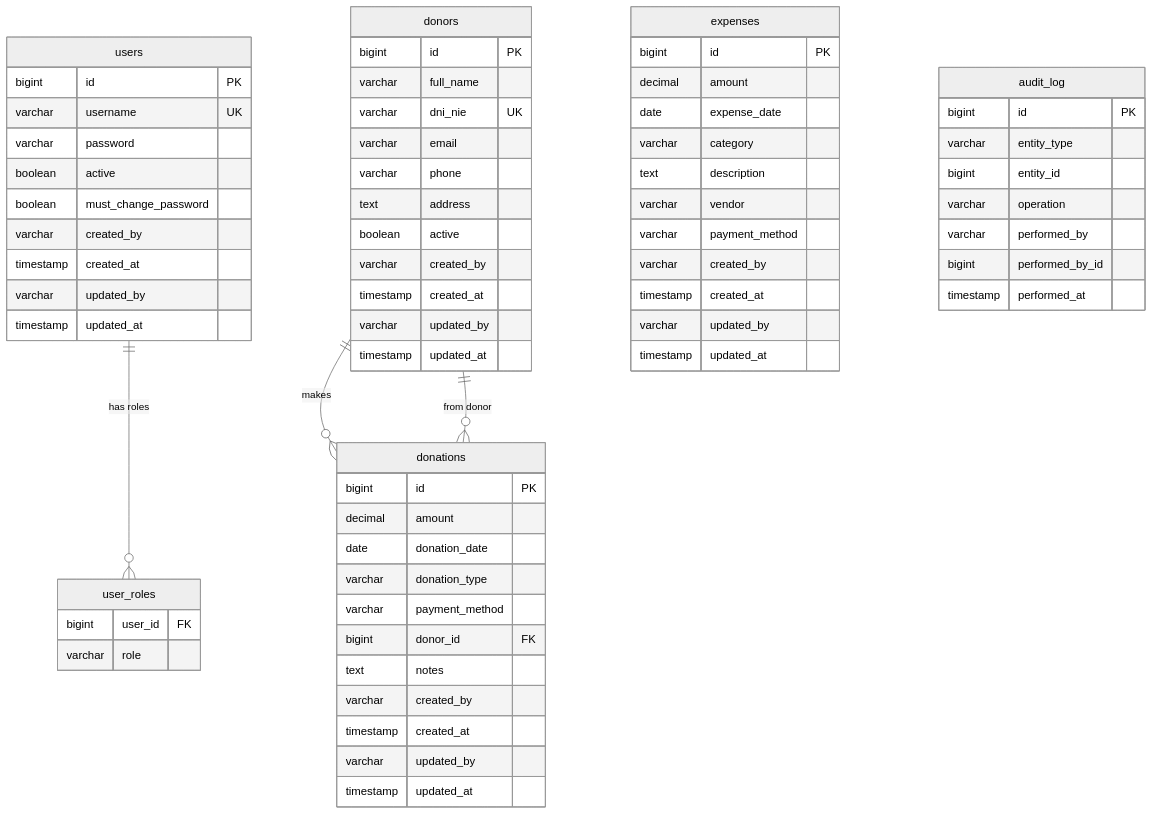
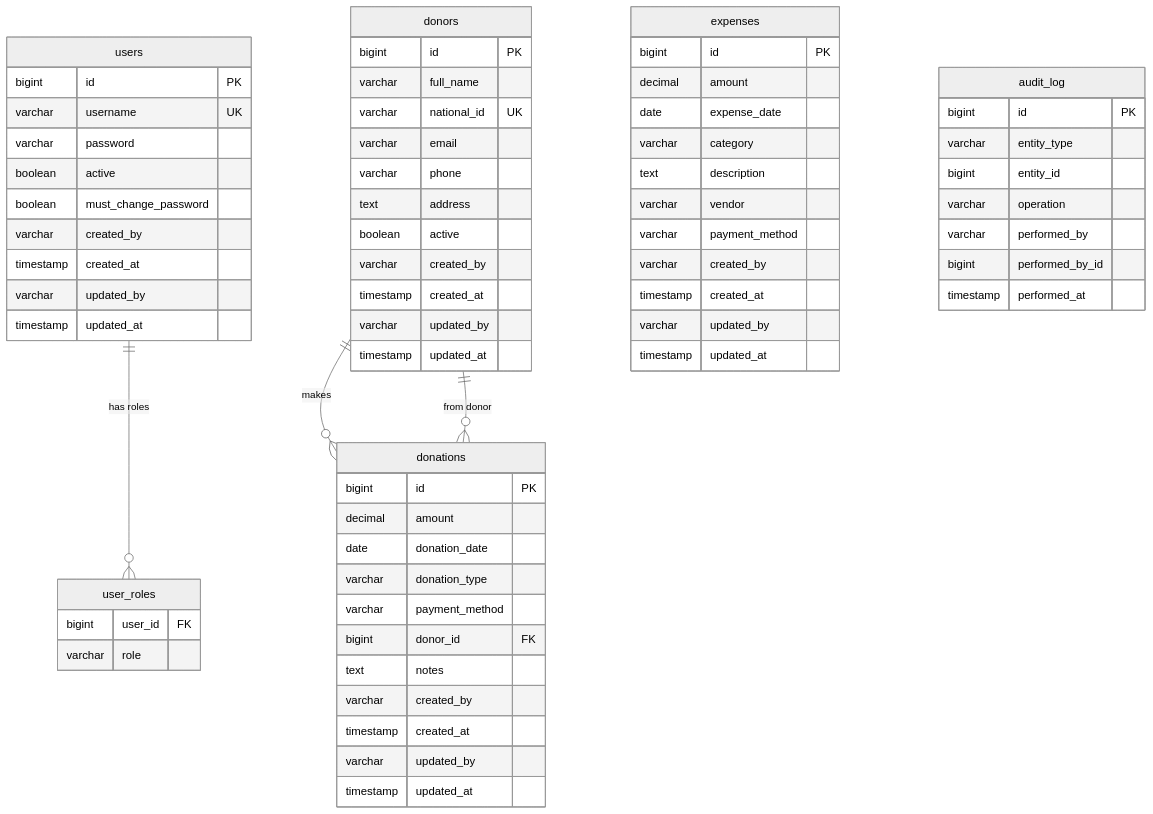
Before and after one commit to jorgetroya80/donations-api: the fourth of 12 diagrams in docs/architecture.md, drawn with Mermaid (neutral theme). The commit also changed other lines of this file and 52 other files, not shown here.

````diff
--- a/docs/architecture.md
+++ b/docs/architecture.md
@@ -301,75 +301,75 @@
 ```mermaid
 erDiagram
     users {
         bigint id PK
         varchar username UK
         varchar password
         boolean active
         boolean must_change_password
         varchar created_by
         timestamp created_at
         varchar updated_by
         timestamp updated_at
     }
 
     user_roles {
         bigint user_id FK
         varchar role
     }
 
     donors {
         bigint id PK
         varchar full_name
-        varchar dni_nie UK
+        varchar national_id UK
         varchar email
         varchar phone
         text address
         boolean active
         varchar created_by
         timestamp created_at
         varchar updated_by
         timestamp updated_at
     }
 
     donations {
         bigint id PK
         decimal amount
         date donation_date
         varchar donation_type
         varchar payment_method
         bigint donor_id FK
         text notes
         varchar created_by
         timestamp created_at
         varchar updated_by
         timestamp updated_at
     }
 
     expenses {
         bigint id PK
         decimal amount
         date expense_date
         varchar category
         text description
         varchar vendor
         varchar payment_method
         varchar created_by
         timestamp created_at
         varchar updated_by
         timestamp updated_at
     }
 
     audit_log {
         bigint id PK
         varchar entity_type
         bigint entity_id
         varchar operation
         varchar performed_by
         bigint performed_by_id
         timestamp performed_at
     }
 
     users ||--o{ user_roles : "has roles"
     donors ||--o{ donations : "makes"
     donations }o--|| donors : "from donor"
 ```
````
